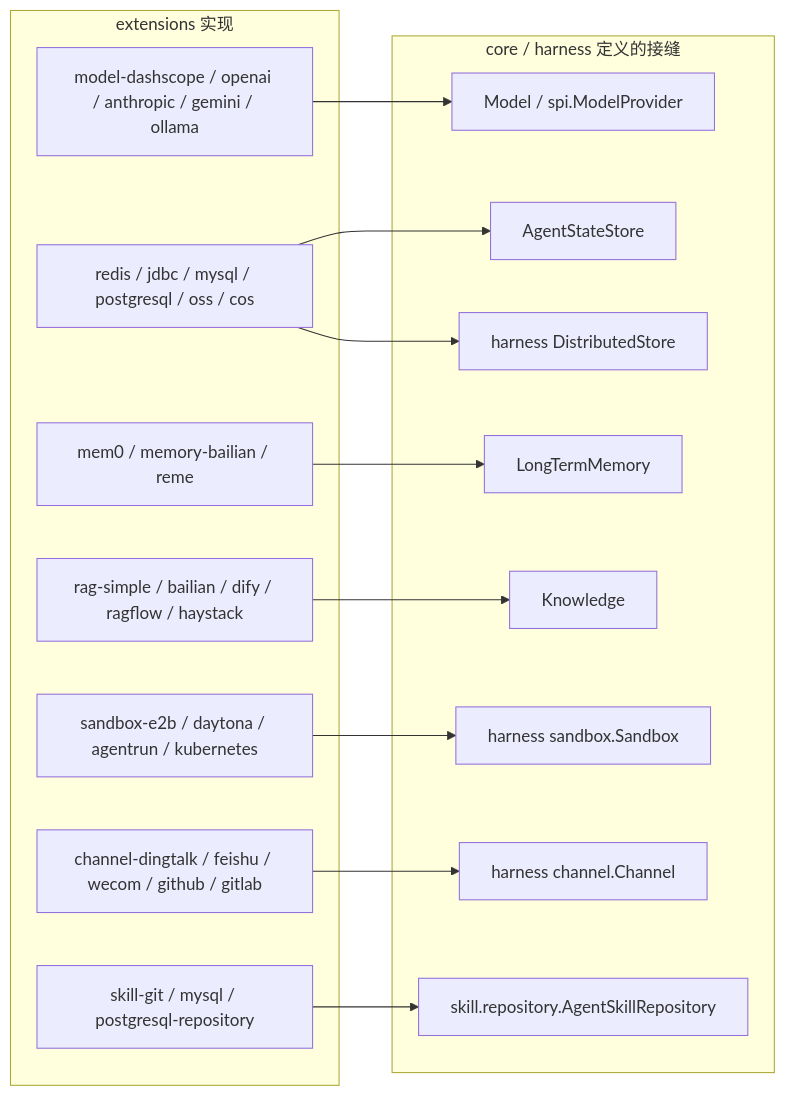
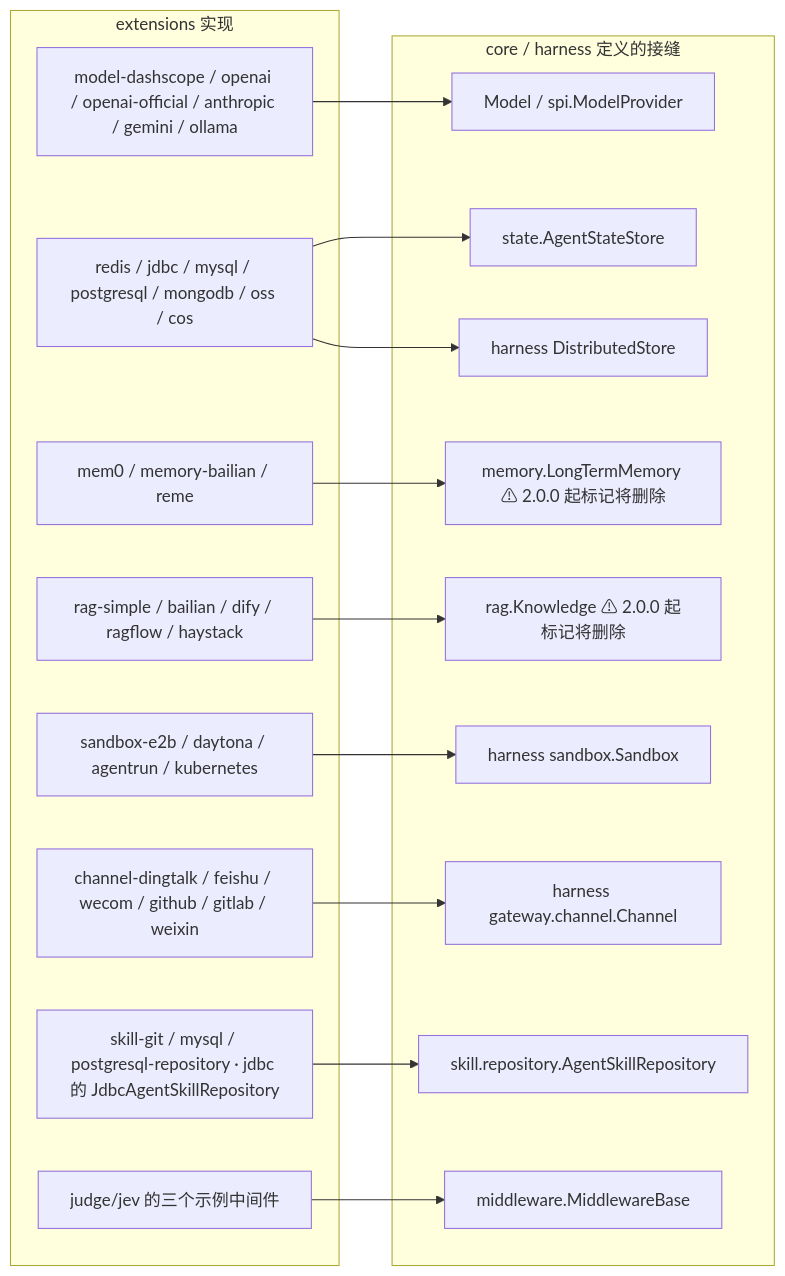
One commit to liulangjietou/AgentScope-source-analysis changed the first of 3 diagrams in 08-扩展生态.md. Above: the diagram before and after it, drawn with Mermaid. The commit also changed other lines of this file, not shown here.

````diff
--- a/08-扩展生态.md
+++ b/08-扩展生态.md
@@ -8,30 +8,33 @@
 ```mermaid
 flowchart LR
     subgraph CORE_IF["core / harness 定义的接缝"]
         IM["Model / spi.ModelProvider"]
-        ISS["AgentStateStore"]
-        ILTM["LongTermMemory"]
-        IK["Knowledge"]
+        ISS["state.AgentStateStore"]
+        ILTM["memory.LongTermMemory ⚠ 2.0.0 起标记将删除"]
+        IK["rag.Knowledge ⚠ 2.0.0 起标记将删除"]
         ISB["harness sandbox.Sandbox"]
-        ICH["harness channel.Channel"]
+        ICH["harness gateway.channel.Channel"]
         ISK["skill.repository.AgentSkillRepository"]
         IDS["harness DistributedStore"]
+        IMW["middleware.MiddlewareBase"]
     end
     subgraph EXTS["extensions 实现"]
-        M5["model-dashscope / openai / anthropic / gemini / ollama"]
-        ST["redis / jdbc / mysql / postgresql / oss / cos"]
+        M5["model-dashscope / openai / openai-official / anthropic / gemini / ollama"]
+        ST["redis / jdbc / mysql / postgresql / mongodb / oss / cos"]
         LTM3["mem0 / memory-bailian / reme"]
         RAG5["rag-simple / bailian / dify / ragflow / haystack"]
         SB4["sandbox-e2b / daytona / agentrun / kubernetes"]
-        CH5["channel-dingtalk / feishu / wecom / github / gitlab"]
-        SKR["skill-git / mysql / postgresql-repository"]
+        CH6["channel-dingtalk / feishu / wecom / github / gitlab / weixin"]
+        SKR["skill-git / mysql / postgresql-repository · jdbc 的 JdbcAgentSkillRepository"]
+        JEV["judge/jev 的三个示例中间件"]
     end
     M5 --> IM
     ST --> ISS
     ST --> IDS
     LTM3 --> ILTM
     RAG5 --> IK
     SB4 --> ISB
-    CH5 --> ICH
+    CH6 --> ICH
     SKR --> ISK
+    JEV --> IMW
 ```
````
